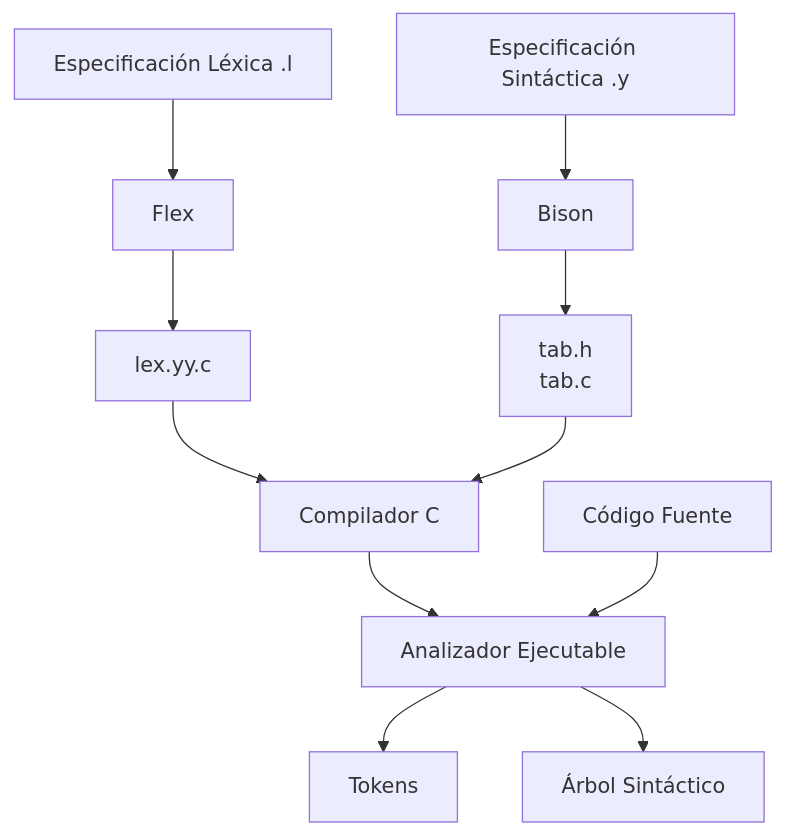
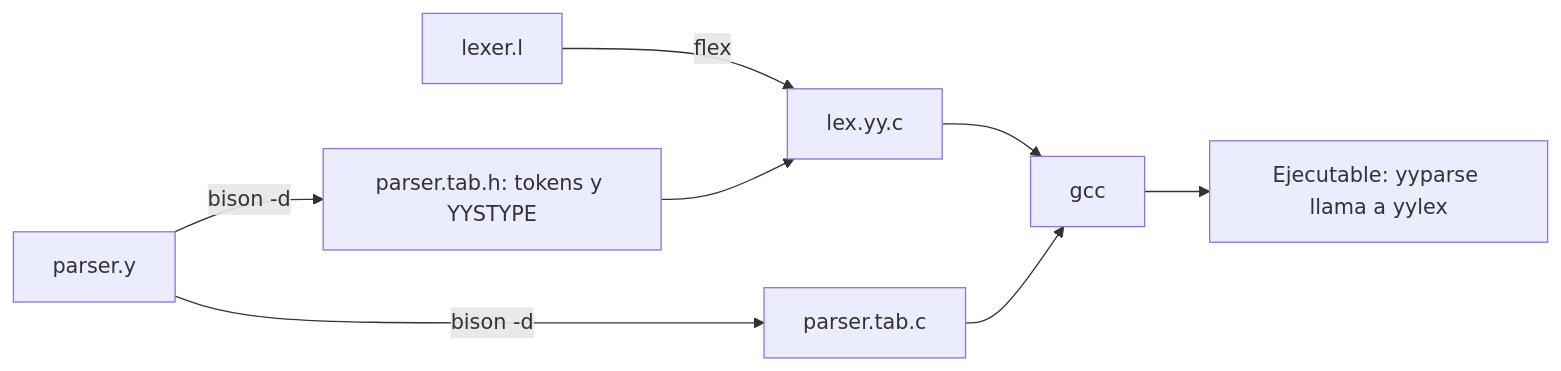
One commit to djaimej/computer-science-template changed the diagram in public/documents/semester-7/1/7126.md. Above: the diagram before and after it, drawn with Mermaid. The commit also changed other lines of this file and 5 other files, not shown here.

````diff
--- a/public/documents/semester-7/1/7126.md
+++ b/public/documents/semester-7/1/7126.md
@@ -321,14 +46,10 @@
 ```mermaid
-flowchart TD
-    A[Especificación Léxica .l] --> B[Flex]
-    C[Especificación Sintáctica .y] --> D[Bison]
-    B --> E[lex.yy.c]
-    D --> F[tab.h<br>tab.c]
-    E --> G[Compilador C]
-    F --> G
-    G --> H[Analizador Ejecutable]
-
-    I[Código Fuente] --> H
-    H --> J[Tokens]
-    H --> K[Árbol Sintáctico]
+flowchart LR
+    L["lexer.l"] -->|"flex"| C1["lex.yy.c"]
+    Y["parser.y"] -->|"bison -d"| C2["parser.tab.c"]
+    Y -->|"bison -d"| H["parser.tab.h: tokens y YYSTYPE"]
+    H --> C1
+    C1 --> G["gcc"]
+    C2 --> G
+    G --> E["Ejecutable: yyparse llama a yylex"]
 ```
````
